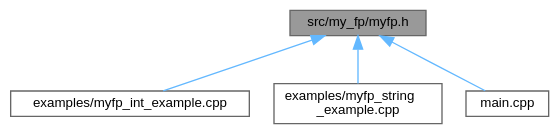
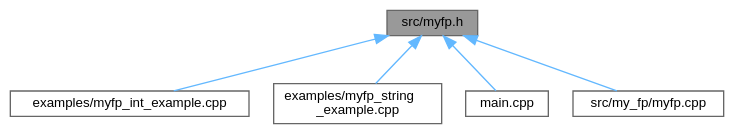
Before and after one commit to lalkaman1981/coroutins: the diagram in myfp_8h__dep__incl.dot, drawn with Graphviz. The commit also changed 34 other files, not shown here.

```diff
--- a/myfp_8h__dep__incl.dot
+++ b/myfp_8h__dep__incl.dot
@@ -1,14 +1,16 @@
-digraph "src/my_fp/myfp.h"
+digraph "src/myfp.h"
 {
  // LATEX_PDF_SIZE
   bgcolor="transparent";
   edge [fontname=Helvetica,fontsize=10,labelfontname=Helvetica,labelfontsize=10];
   node [fontname=Helvetica,fontsize=10,shape=box,height=0.2,width=0.4];
-  Node1 [id="Node000001",label="src/my_fp/myfp.h",height=0.2,width=0.4,color="gray40", fillcolor="grey60", style="filled", fontcolor="black",tooltip=" "];
+  Node1 [id="Node000001",label="src/myfp.h",height=0.2,width=0.4,color="gray40", fillcolor="grey60", style="filled", fontcolor="black",tooltip=" "];
   Node1 -> Node2 [id="edge1_Node000001_Node000002",dir="back",color="steelblue1",style="solid",tooltip=" "];
   Node2 [id="Node000002",label="examples/myfp_int_example.cpp",height=0.2,width=0.4,color="grey40", fillcolor="white", style="filled",URL="$myfp__int__example_8cpp.html",tooltip=" "];
   Node1 -> Node3 [id="edge2_Node000001_Node000003",dir="back",color="steelblue1",style="solid",tooltip=" "];
   Node3 [id="Node000003",label="examples/myfp_string\l_example.cpp",height=0.2,width=0.4,color="grey40", fillcolor="white", style="filled",URL="$myfp__string__example_8cpp.html",tooltip=" "];
   Node1 -> Node4 [id="edge3_Node000001_Node000004",dir="back",color="steelblue1",style="solid",tooltip=" "];
   Node4 [id="Node000004",label="main.cpp",height=0.2,width=0.4,color="grey40", fillcolor="white", style="filled",URL="$main_8cpp.html",tooltip=" "];
+  Node1 -> Node5 [id="edge4_Node000001_Node000005",dir="back",color="steelblue1",style="solid",tooltip=" "];
+  Node5 [id="Node000005",label="src/my_fp/myfp.cpp",height=0.2,width=0.4,color="grey40", fillcolor="white", style="filled",URL="$myfp_8cpp.html",tooltip=" "];
 }
```
